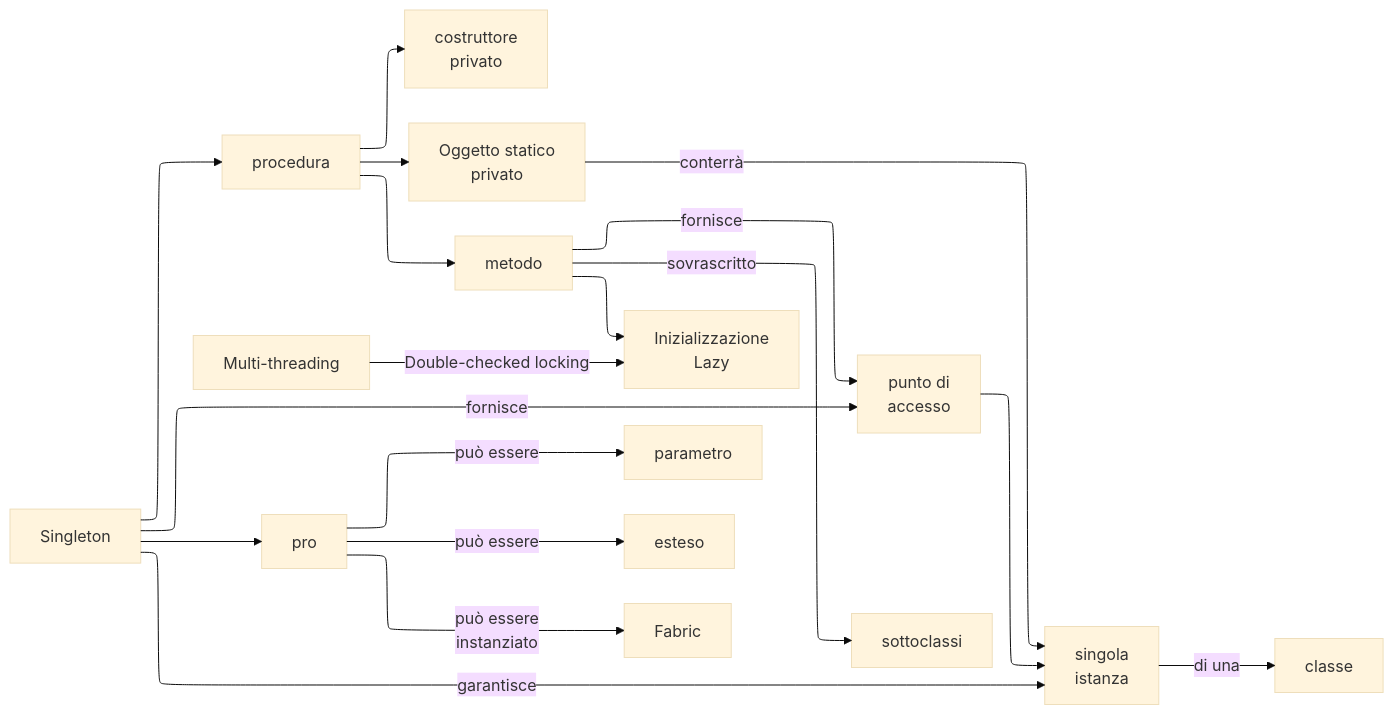
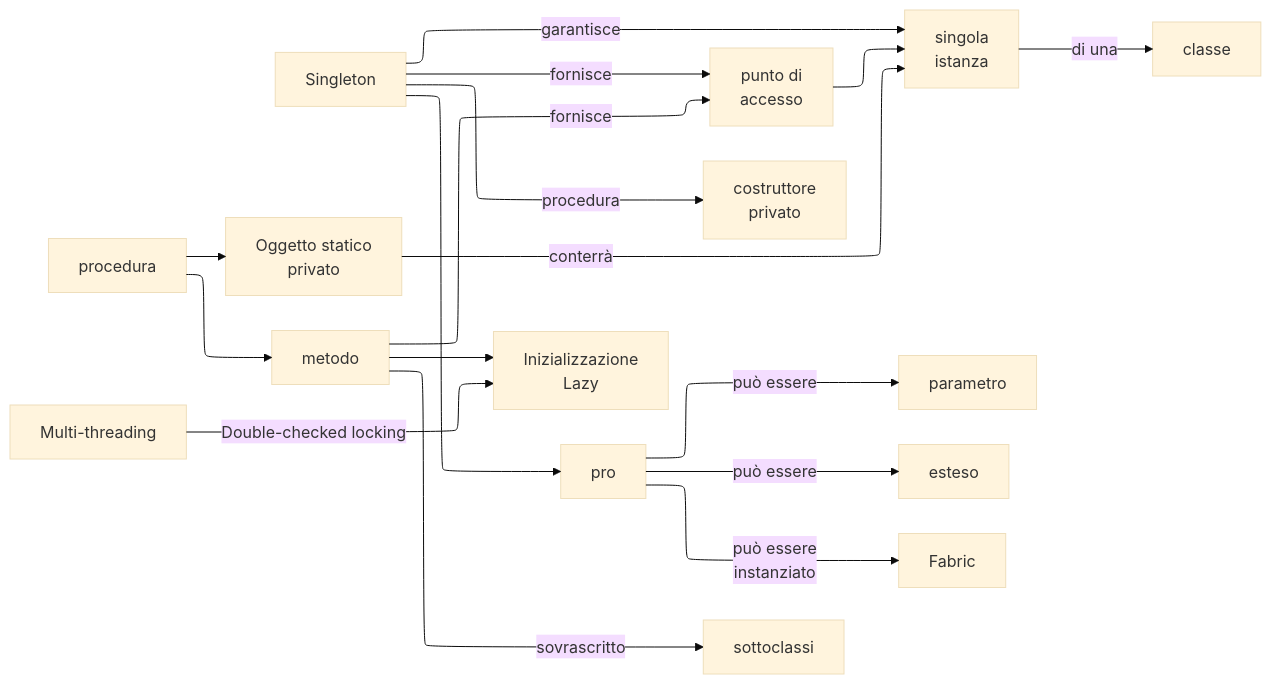
The tenth of 17 diagrams in src/content/docs/software_engineering/Progettazione/design-patterns.md (Firi0n/appunti-unipi), drawn with Mermaid (base theme) before and after one commit. The commit also changed other lines of this file and 8 other files, not shown here.

````diff
--- a/src/content/docs/software_engineering/Progettazione/design-patterns.md
+++ b/src/content/docs/software_engineering/Progettazione/design-patterns.md
@@ -306,22 +328,28 @@
 ```mermaid
 ---
 config:
     layout: elk
     elk: {
         forceNodeModelOrder: true
     }
 ---
 graph LR
-    Singleton -- garantisce --> SI[singola<br>istanza] -- di una --> classe
-    Singleton -- fornisce --> PA[punto di<br>accesso] --> SI
-    Singleton --> procedura --> cp[costruttore<br>privato]
-    procedura --> OSP[Oggetto statico<br>privato] -- conterrà --> SI
+    Singleton -- garantisce --> SI["singola
+istanza"] -- di una --> classe
+    Singleton -- fornisce --> PA["punto di
+accesso"] --> SI
+    Singleton -- procedura --> cp["costruttore
+privato"]
+    procedura --> OSP["Oggetto statico
+privato"] -- conterrà --> SI
     procedura --> metodo -- fornisce --> PA
-    metodo --> IL[Inizializzazione<br>Lazy]
+    metodo --> IL["Inizializzazione
+Lazy"]
     Multi-threading -- Double-checked locking --> IL
     metodo -- sovrascritto --> sottoclassi
     Singleton --> pro
     pro -- può essere --> parametro
     pro -- può essere --> esteso
-    pro -- può essere<br>instanziato --> Fabric
+    pro -- "può essere
+    instanziato" --> Fabric
 ```
````
